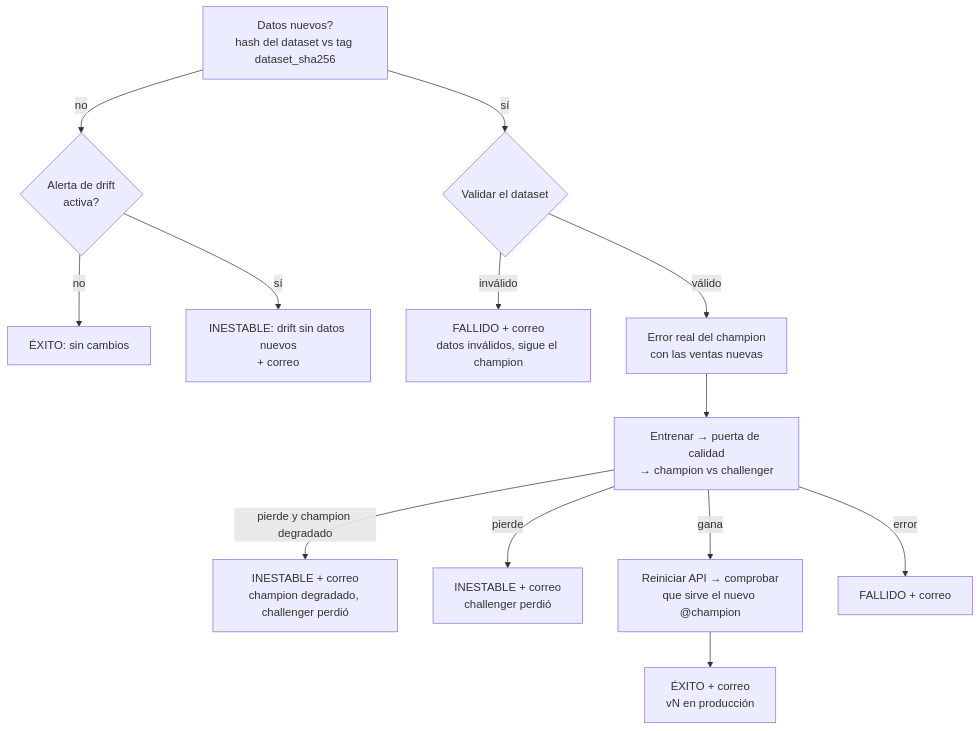
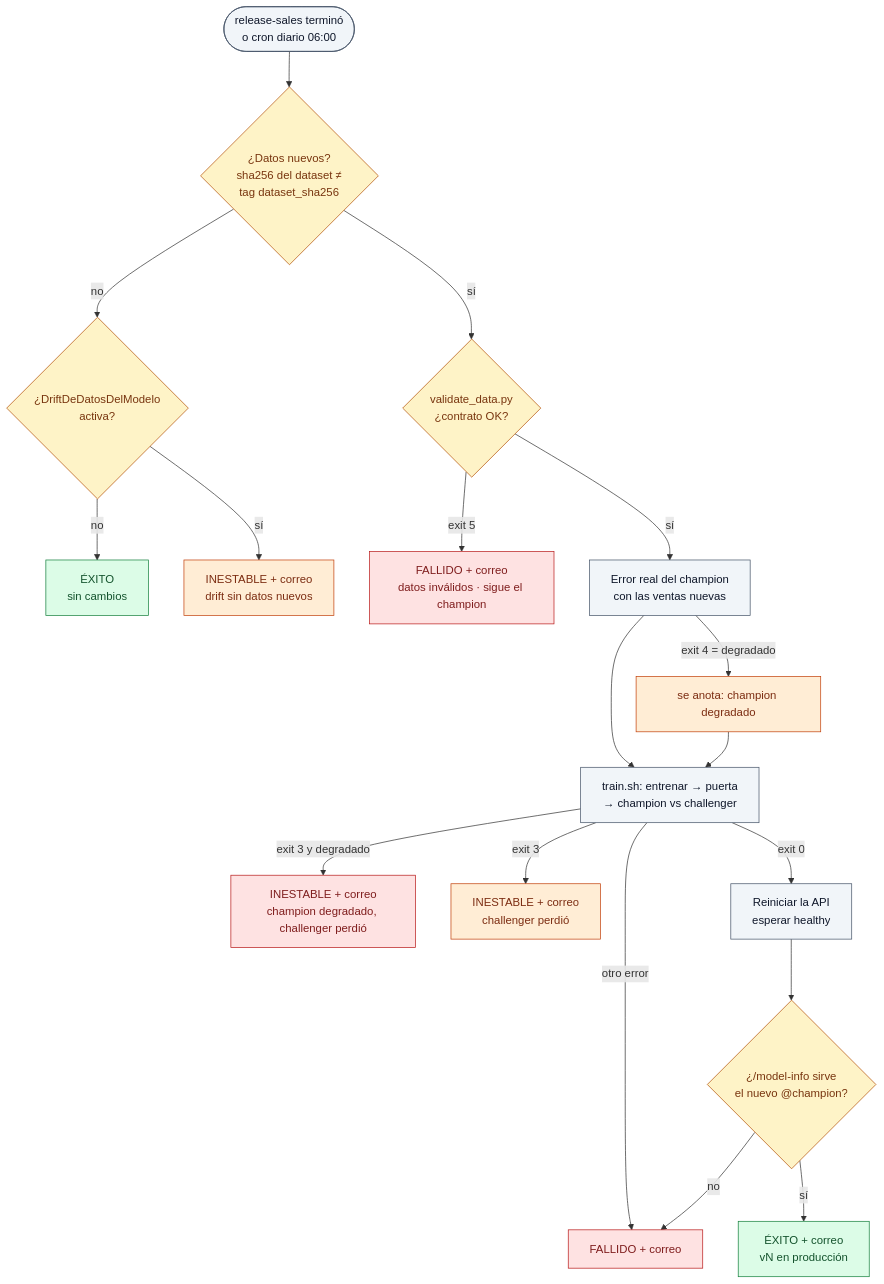
One commit to Elvis-David-Quinteros-Siles/house-price-predictor changed the sixth of 10 diagrams in docs/MLOPS.md. Above: the diagram before and after it, drawn with Mermaid. The commit also changed other lines of this file, not shown here.

First line of the commit message:
docs: diagramas de MLOps más completos

````diff
--- a/docs/MLOPS.md
+++ b/docs/MLOPS.md
@@ -431,15 +626,27 @@
 ```mermaid
 flowchart TD
-    A[Datos nuevos?<br/>hash del dataset vs tag dataset_sha256] -->|no| B{Alerta de drift<br/>activa?}
-    B -->|no| Z1[ÉXITO: sin cambios]
-    B -->|sí| Z2[INESTABLE: drift sin datos nuevos<br/>+ correo]
-    A -->|sí| V{Validar el dataset}
-    V -->|inválido| Z7[FALLIDO + correo<br/>datos inválidos, sigue el champion]
-    V -->|válido| C[Error real del champion<br/>con las ventas nuevas]
-    C --> D[Entrenar → puerta de calidad<br/>→ champion vs challenger]
-    D -->|pierde y champion degradado| Z3[INESTABLE + correo<br/>champion degradado, challenger perdió]
-    D -->|pierde| Z4[INESTABLE + correo<br/>challenger perdió]
-    D -->|gana| E["Reiniciar API → comprobar<br/>que sirve el nuevo @champion"]
-    E --> Z5[ÉXITO + correo<br/>vN en producción]
-    D -->|error| Z6[FALLIDO + correo]
+    classDef step fill:#f1f5f9,stroke:#475569,color:#0f172a
+    classDef dec fill:#fef3c7,stroke:#b45309,color:#78350f
+    classDef ok fill:#dcfce7,stroke:#15803d,color:#14532d
+    classDef warn fill:#ffedd5,stroke:#c2410c,color:#7c2d12
+    classDef bad fill:#fee2e2,stroke:#b91c1c,color:#7f1d1d
+
+    T(["release-sales terminó<br/>o cron diario 06:00"]):::step --> A
+    A{"¿Datos nuevos?<br/>sha256 del dataset ≠<br/>tag dataset_sha256"}:::dec
+    A -->|no| B{"¿DriftDeDatosDelModelo<br/>activa?"}:::dec
+    B -->|no| Z1["ÉXITO<br/>sin cambios"]:::ok
+    B -->|sí| Z2["INESTABLE + correo<br/>drift sin datos nuevos"]:::warn
+    A -->|sí| V{"validate_data.py<br/>¿contrato OK?"}:::dec
+    V -->|"exit 5"| Z7["FALLIDO + correo<br/>datos inválidos · sigue el champion"]:::bad
+    V -->|sí| C["Error real del champion<br/>con las ventas nuevas"]:::step
+    C -->|"exit 4 = degradado"| C2["se anota: champion degradado"]:::warn
+    C --> D["train.sh: entrenar → puerta<br/>→ champion vs challenger"]:::step
+    C2 --> D
+    D -->|"exit 3 y degradado"| Z3["INESTABLE + correo<br/>champion degradado, challenger perdió"]:::bad
+    D -->|"exit 3"| Z4["INESTABLE + correo<br/>challenger perdió"]:::warn
+    D -->|"otro error"| Z6["FALLIDO + correo"]:::bad
+    D -->|"exit 0"| E["Reiniciar la API<br/>esperar healthy"]:::step
+    E --> F{"¿/model-info sirve<br/>el nuevo @champion?"}:::dec
+    F -->|sí| Z5["ÉXITO + correo<br/>vN en producción"]:::ok
+    F -->|no| Z6
 ```
````
